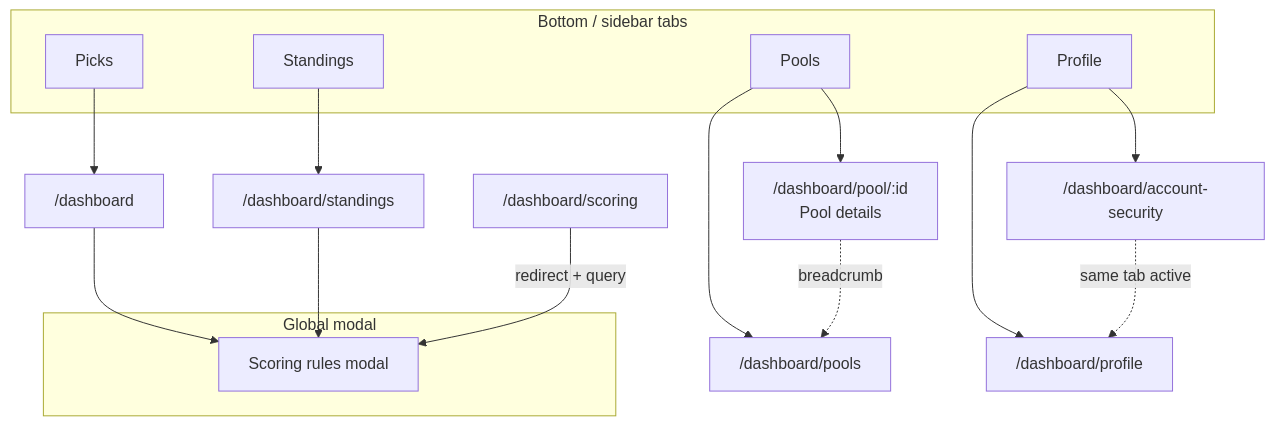
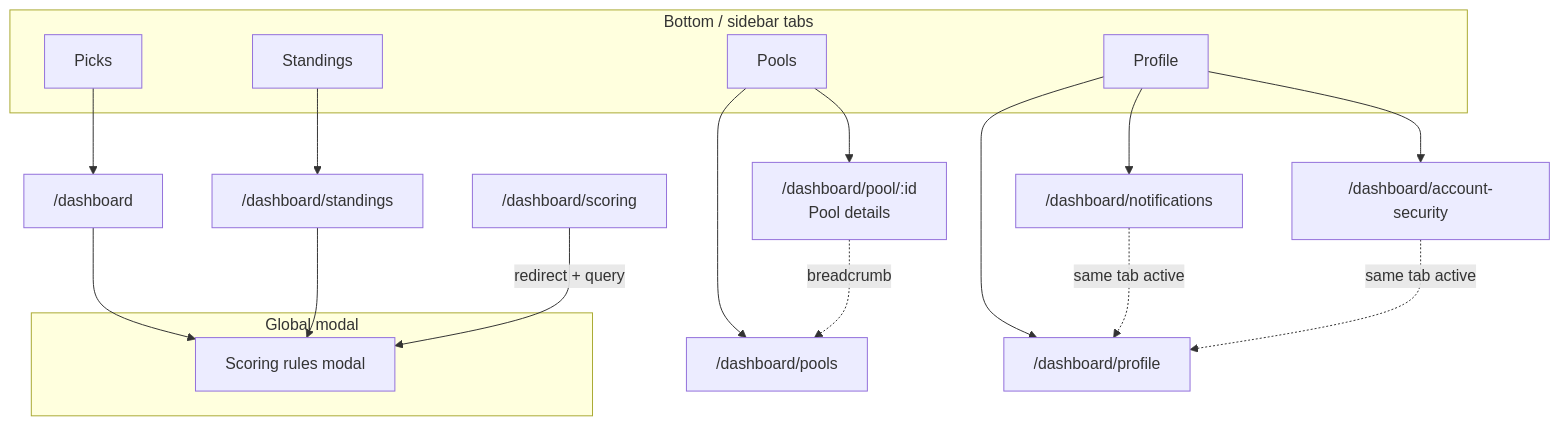
The diagram in docs/DASHBOARD_IA.md (pat792/set-picks), drawn with Mermaid before and after one commit. The commit also changed other lines of this file and 20 other files, not shown here.

````diff
--- a/docs/DASHBOARD_IA.md
+++ b/docs/DASHBOARD_IA.md
@@ -102,27 +104,29 @@
 ```mermaid
 flowchart TB
   subgraph tabs [Bottom / sidebar tabs]
     P[Picks]
     Po[Pools]
     S[Standings]
     Pr[Profile]
   end
 
   P --> PicksRoute["/dashboard"]
   Po --> PoolsList["/dashboard/pools"]
   Po --> PoolDetail["/dashboard/pool/:id\nPool details"]
   S --> StandingsRoute["/dashboard/standings"]
   Pr --> ProfileRoute["/dashboard/profile"]
+  Pr --> NotifRoute["/dashboard/notifications"]
   Pr --> AccountSec["/dashboard/account-security"]
 
   PoolDetail -.->|breadcrumb| PoolsList
+  NotifRoute -.->|same tab active| ProfileRoute
   AccountSec -.->|same tab active| ProfileRoute
 
   subgraph modal [Global modal]
     SR[Scoring rules modal]
   end
 
   PicksRoute --> SR
   StandingsRoute --> SR
   DeepLink["/dashboard/scoring"] -->|redirect + query| SR
 ```
````
